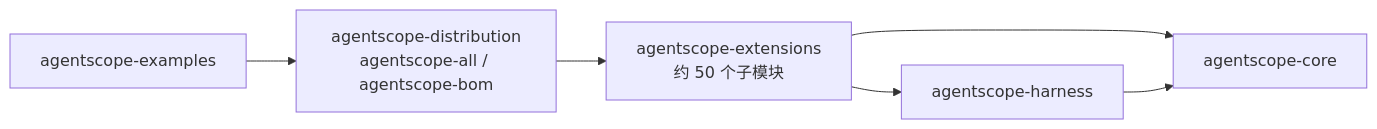
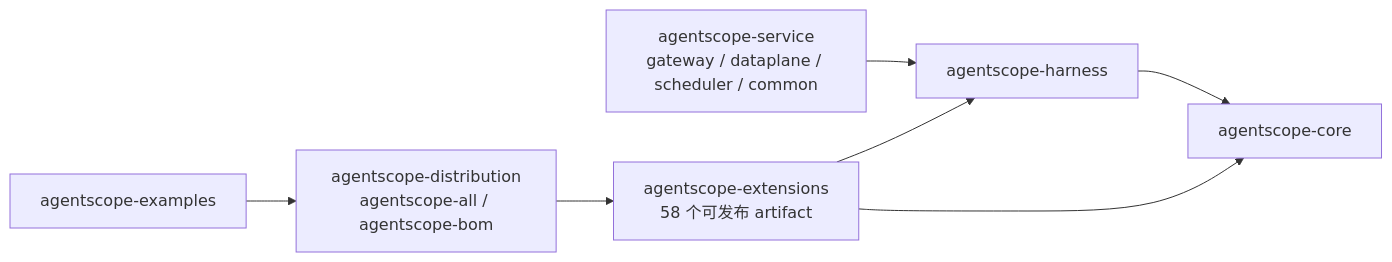
The first of 2 diagrams in 01-模块全景与依赖拓扑.md (liulangjietou/AgentScope-source-analysis), drawn with Mermaid before and after one commit. The commit also changed other lines of this file and 10 other files, not shown here.

````diff
--- a/01-模块全景与依赖拓扑.md
+++ b/01-模块全景与依赖拓扑.md
@@ -21,8 +22,9 @@
 ```mermaid
 flowchart LR
     EX["agentscope-examples"] --> DIST["agentscope-distribution<br/>agentscope-all / agentscope-bom"]
-    DIST --> EXTS["agentscope-extensions<br/>约 50 个子模块"]
+    SVC["agentscope-service<br/>gateway / dataplane / scheduler / common"] --> HARNESS
+    DIST --> EXTS["agentscope-extensions<br/>58 个可发布 artifact"]
     EXTS --> HARNESS["agentscope-harness"]
     EXTS --> CORE["agentscope-core"]
     HARNESS --> CORE
 ```
````
